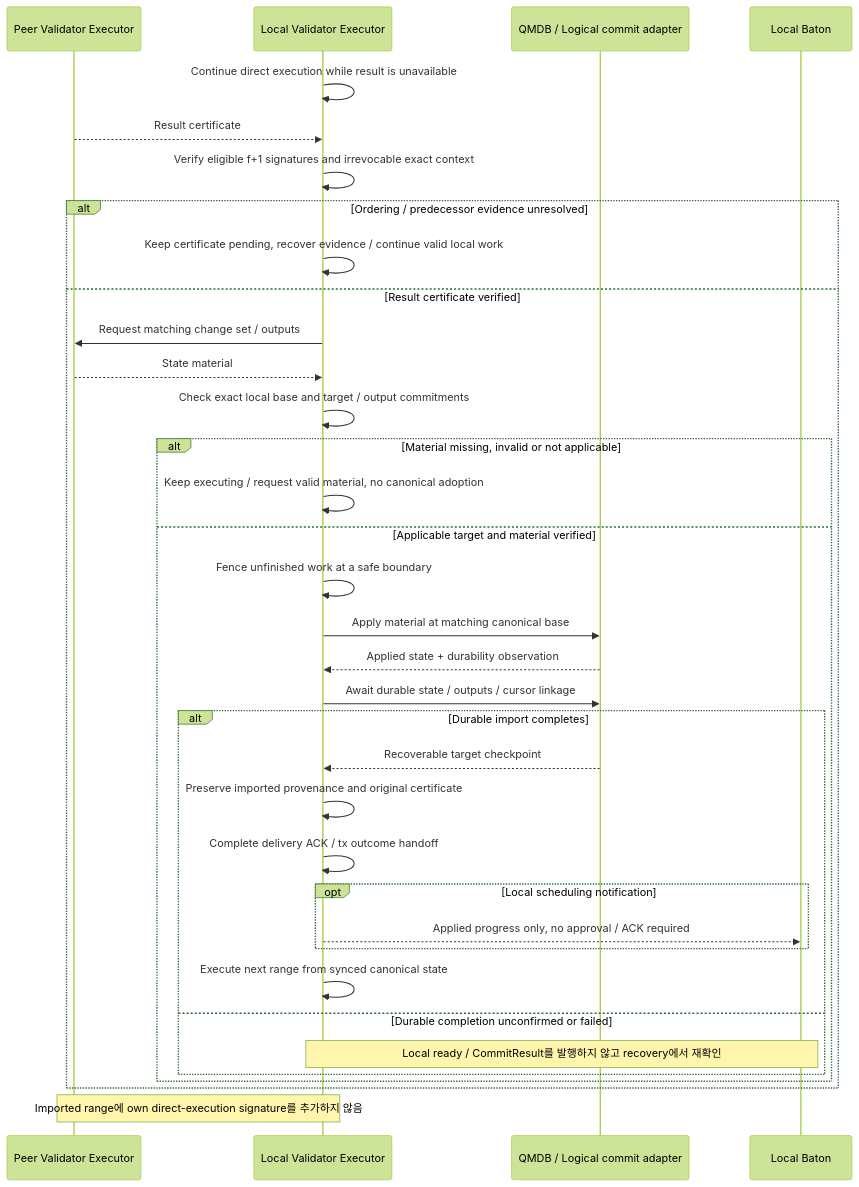
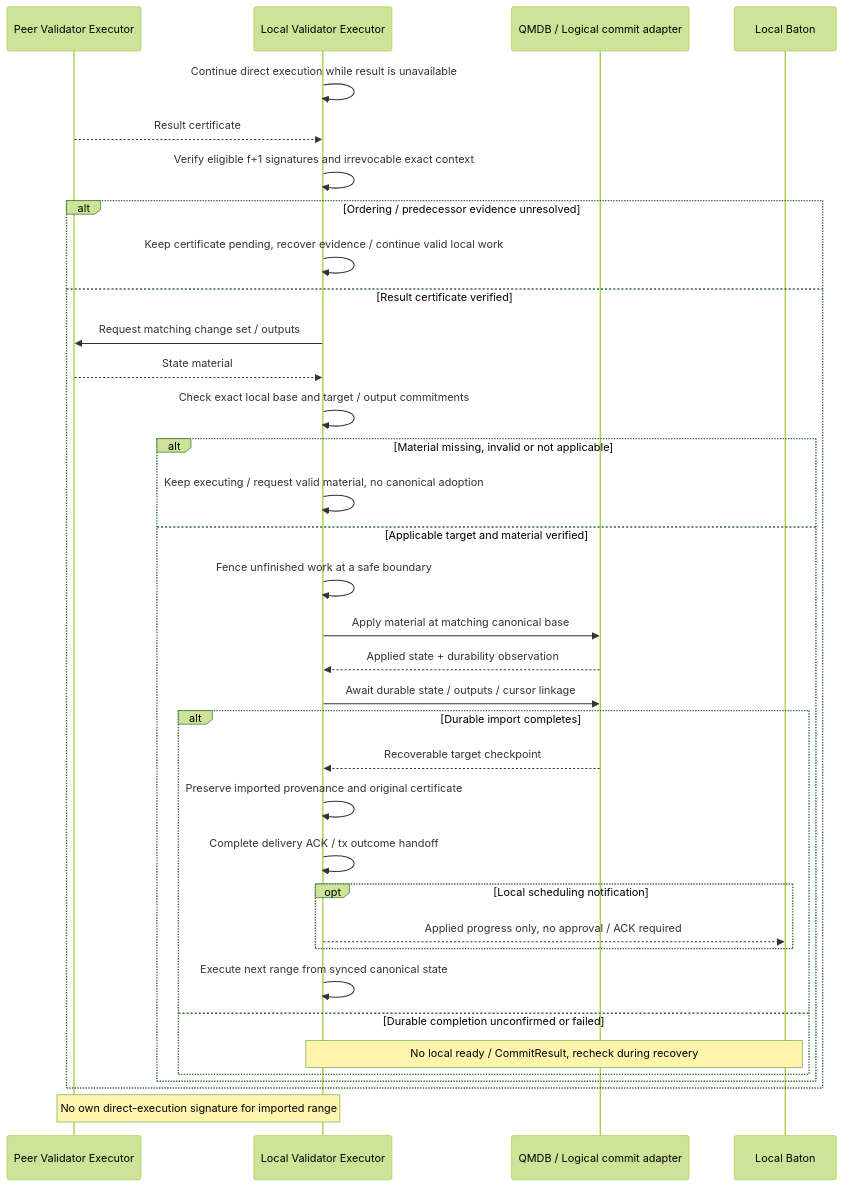
One commit to djm07073/baton-research changed the diagram in docs/e2e/state-sync.md. Above: the diagram before and after it, drawn with Mermaid (forest theme). The commit also changed other lines of this file and 99 other files, not shown here.

````diff
--- a/docs/e2e/state-sync.md
+++ b/docs/e2e/state-sync.md
@@ -9,37 +9,37 @@
 ```mermaid
 sequenceDiagram
     participant P as Peer Validator Executor
     participant E as Local Validator Executor
     participant Q as QMDB / Logical commit adapter
     participant B as Local Baton
     E->>E: Continue direct execution while result is unavailable
     P-->>E: Result certificate
     E->>E: Verify eligible f+1 signatures and irrevocable exact context
     alt Ordering / predecessor evidence unresolved
         E->>E: Keep certificate pending, recover evidence / continue valid local work
     else Result certificate verified
         E->>P: Request matching change set / outputs
         P-->>E: State material
         E->>E: Check exact local base and target / output commitments
         alt Material missing, invalid or not applicable
             E->>E: Keep executing / request valid material, no canonical adoption
         else Applicable target and material verified
             E->>E: Fence unfinished work at a safe boundary
             E->>Q: Apply material at matching canonical base
             Q-->>E: Applied state + durability observation
             E->>Q: Await durable state / outputs / cursor linkage
             alt Durable import completes
                 Q-->>E: Recoverable target checkpoint
                 E->>E: Preserve imported provenance and original certificate
                 E->>E: Complete delivery ACK / tx outcome handoff
                 opt Local scheduling notification
                     E-->>B: Applied progress only, no approval / ACK required
                 end
                 E->>E: Execute next range from synced canonical state
             else Durable completion unconfirmed or failed
-                Note over E,B: Local ready / CommitResult를 발행하지 않고 recovery에서 재확인
+                Note over E,B: No local ready / CommitResult, recheck during recovery
             end
         end
     end
-    Note over P,E: Imported range에 own direct-execution signature를 추가하지 않음
+    Note over P,E: No own direct-execution signature for imported range
 ```
````
